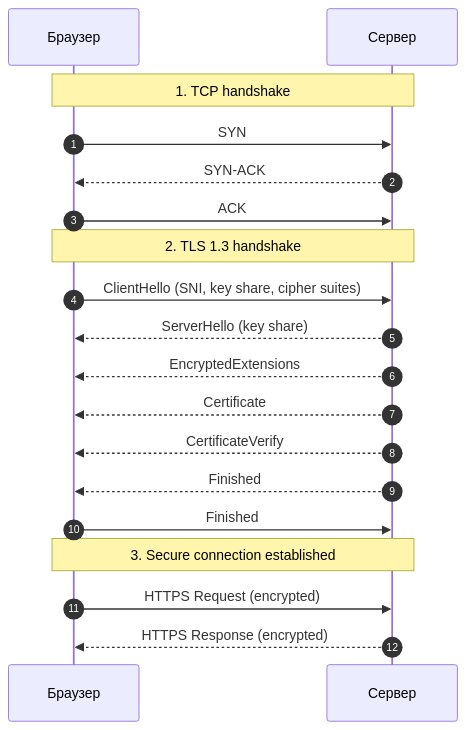
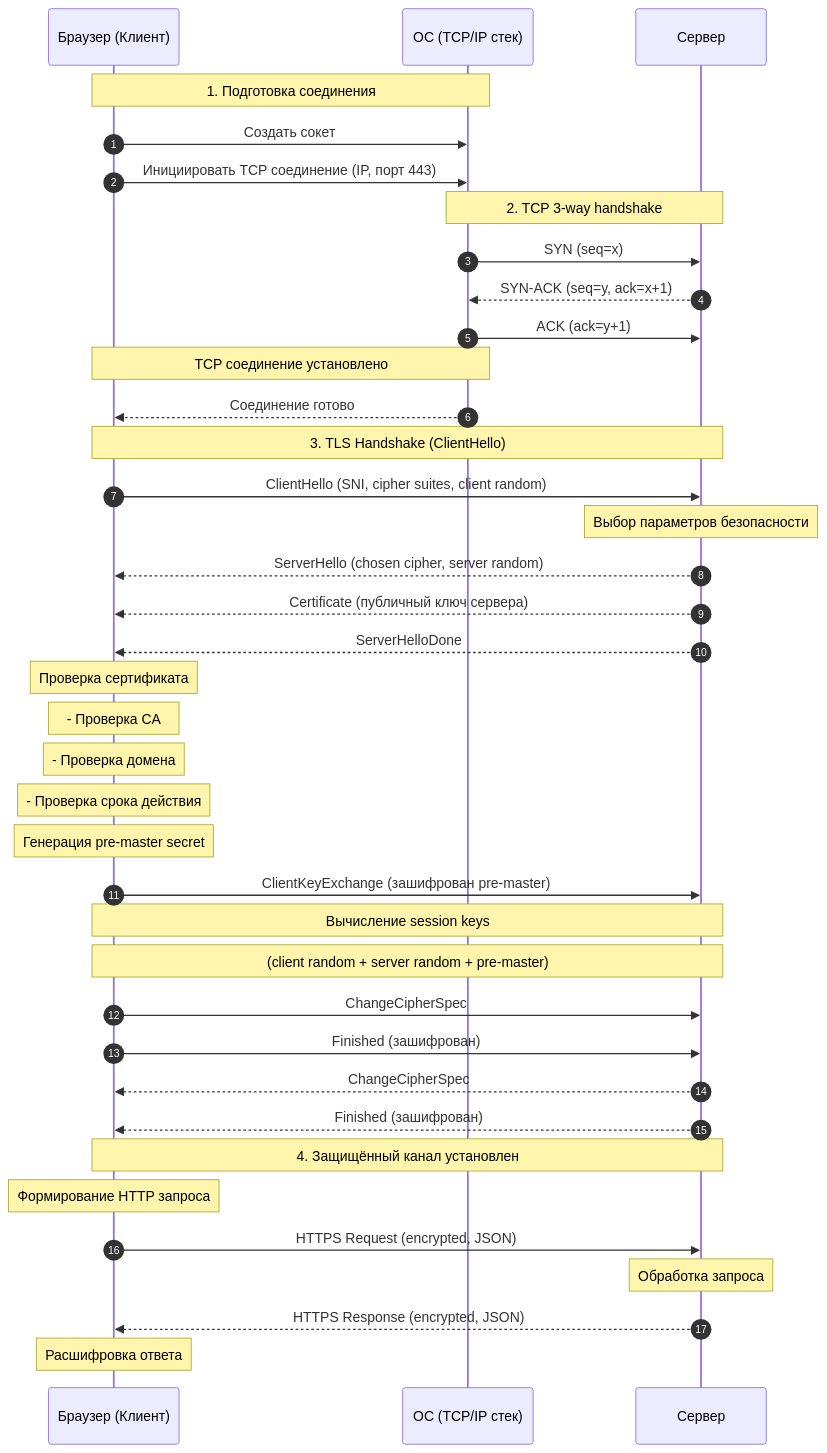
The diagram in index.md (BellaVData/network-diagrams), drawn with Mermaid before and after one commit.

````diff
--- a/index.md
+++ b/index.md
@@ -31,25 +31,54 @@
 ```mermaid
 sequenceDiagram
     autonumber
-    participant C as Браузер
+    participant C as Браузер (Клиент)
+    participant OS as ОС (TCP/IP стек)
     participant S as Сервер
 
-    Note over C, S: 1. TCP handshake
-    C->>S: SYN
-    S-->>C: SYN-ACK
-    C->>S: ACK
+    Note over C, OS: 1. Подготовка соединения
+    C->>OS: Создать сокет
+    C->>OS: Инициировать TCP соединение (IP, порт 443)
 
-    Note over C, S: 2. TLS 1.3 handshake
-    C->>S: ClientHello (SNI, key share, cipher suites)
-    S-->>C: ServerHello (key share)
-    S-->>C: EncryptedExtensions
-    S-->>C: Certificate
-    S-->>C: CertificateVerify
-    S-->>C: Finished
+    Note over OS, S: 2. TCP 3-way handshake
+    OS->>S: SYN (seq=x)
+    S-->>OS: SYN-ACK (seq=y, ack=x+1)
+    OS->>S: ACK (ack=y+1)
 
-    C->>S: Finished
+    Note over OS, C: TCP соединение установлено
+    OS-->>C: Соединение готово
 
-    Note over C, S: 3. Secure connection established
-    C->>S: HTTPS Request (encrypted)
-    S-->>C: HTTPS Response (encrypted)
+    Note over C, S: 3. TLS Handshake (ClientHello)
+    C->>S: ClientHello (SNI, cipher suites, client random)
+
+    Note over S: Выбор параметров безопасности
+    S-->>C: ServerHello (chosen cipher, server random)
+    S-->>C: Certificate (публичный ключ сервера)
+    S-->>C: ServerHelloDone
+
+    Note over C: Проверка сертификата
+    Note over C: - Проверка CA
+    Note over C: - Проверка домена
+    Note over C: - Проверка срока действия
+
+    Note over C: Генерация pre-master secret
+    C->>S: ClientKeyExchange (зашифрован pre-master)
+
+    Note over C, S: Вычисление session keys
+    Note over C, S: (client random + server random + pre-master)
+
+    C->>S: ChangeCipherSpec
+    C->>S: Finished (зашифрован)
+
+    S-->>C: ChangeCipherSpec
+    S-->>C: Finished (зашифрован)
+
+    Note over C, S: 4. Защищённый канал установлен
+
+    Note over C: Формирование HTTP запроса
+    C->>S: HTTPS Request (encrypted, JSON)
+
+    Note over S: Обработка запроса
+    S-->>C: HTTPS Response (encrypted, JSON)
+
+    Note over C: Расшифровка ответа
 ```
````
